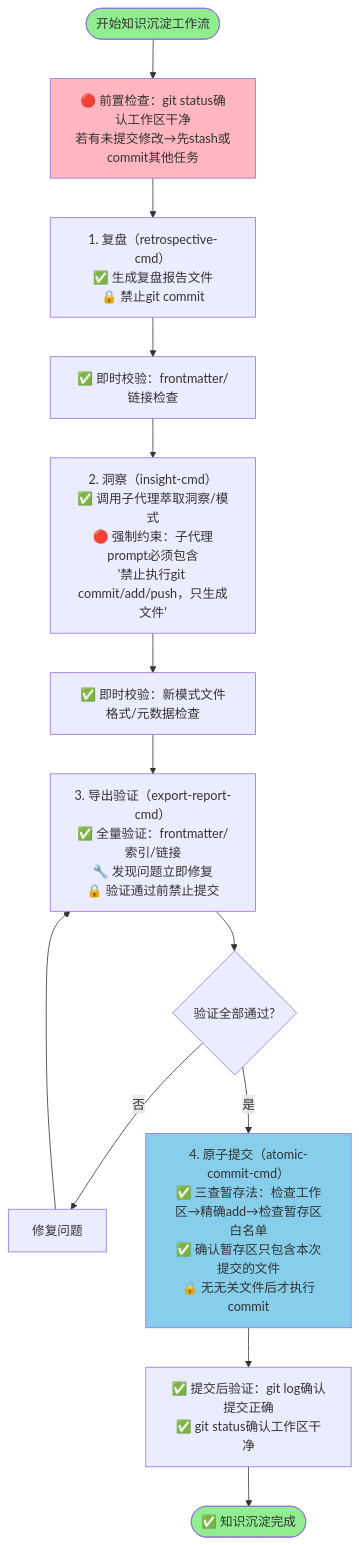
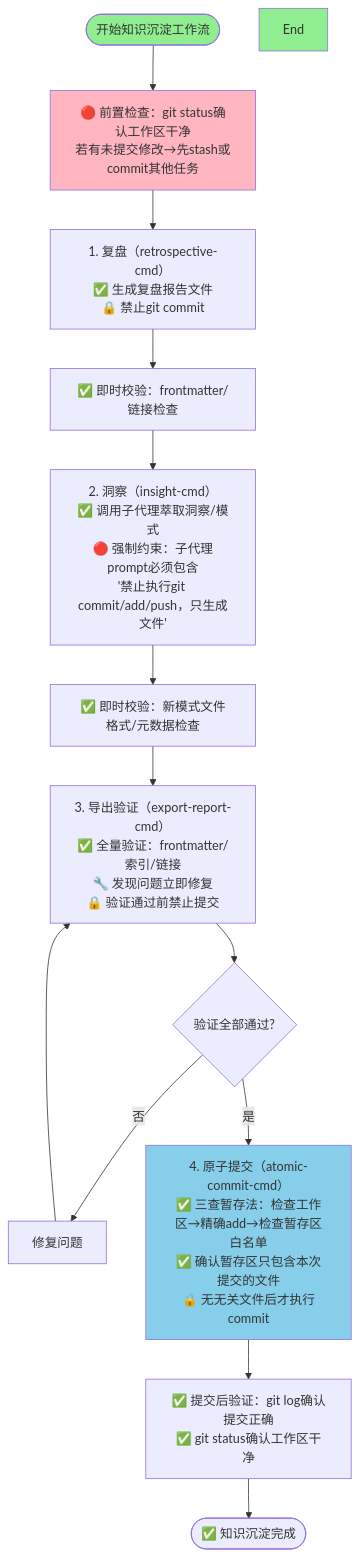
One commit to xinetzone/SpecWeave changed the diagram in .agents/docs/retrospective/reports/task-reports/2026-07-04-knowledge-sedimentation-workflow-retrospective.md. Above: the diagram before and after it, drawn with Mermaid. The commit also changed 68 other files, not shown here.

First line of the commit message:
fix(ci): 修复 740 个 Mermaid 合规错误通过 Step 7 检查

````diff
--- a/.agents/docs/retrospective/reports/task-reports/2026-07-04-knowledge-sedimentation-workflow-retrospective.md
+++ b/.agents/docs/retrospective/reports/task-reports/2026-07-04-knowledge-sedimentation-workflow-retrospective.md
@@ -312,19 +312,19 @@
 ```mermaid
 flowchart TD
     Start(["开始知识沉淀工作流"]) --> PreCheck["🔴 前置检查：git status确认工作区干净<br/>若有未提交修改→先stash或commit其他任务"]
     PreCheck --> Step1["1. 复盘（retrospective-cmd）<br/>✅ 生成复盘报告文件<br/>🔒 禁止git commit"]
     Step1 --> Step1Check["✅ 即时校验：frontmatter/链接检查"]
     Step1Check --> Step2["2. 洞察（insight-cmd）<br/>✅ 调用子代理萃取洞察/模式<br/>🔴 强制约束：子代理prompt必须包含<br/>'禁止执行git commit/add/push，只生成文件'"]
     Step2 --> Step2Check["✅ 即时校验：新模式文件格式/元数据检查"]
     Step2Check --> Step3["3. 导出验证（export-report-cmd）<br/>✅ 全量验证：frontmatter/索引/链接<br/>🔧 发现问题立即修复<br/>🔒 验证通过前禁止提交"]
     Step3 --> Step3Check{"验证全部通过?"}
     Step3Check -->|"否"| Fix["修复问题"]
     Fix --> Step3
     Step3Check -->|"是"| Step4["4. 原子提交（atomic-commit-cmd）<br/>✅ 三查暂存法：检查工作区→精确add→检查暂存区白名单<br/>✅ 确认暂存区只包含本次提交的文件<br/>🔒 无无关文件后才执行commit"]
     Step4 --> PostVerify["✅ 提交后验证：git log确认提交正确<br/>✅ git status确认工作区干净"]
-    PostVerify --> End(["✅ 知识沉淀完成"])
+    PostVerify --> end_node(["✅ 知识沉淀完成"])
     style Start fill:#90EE90
     style End fill:#90EE90
     style PreCheck fill:#FFB6C1
     style Step4 fill:#87CEEB
 ```
````
